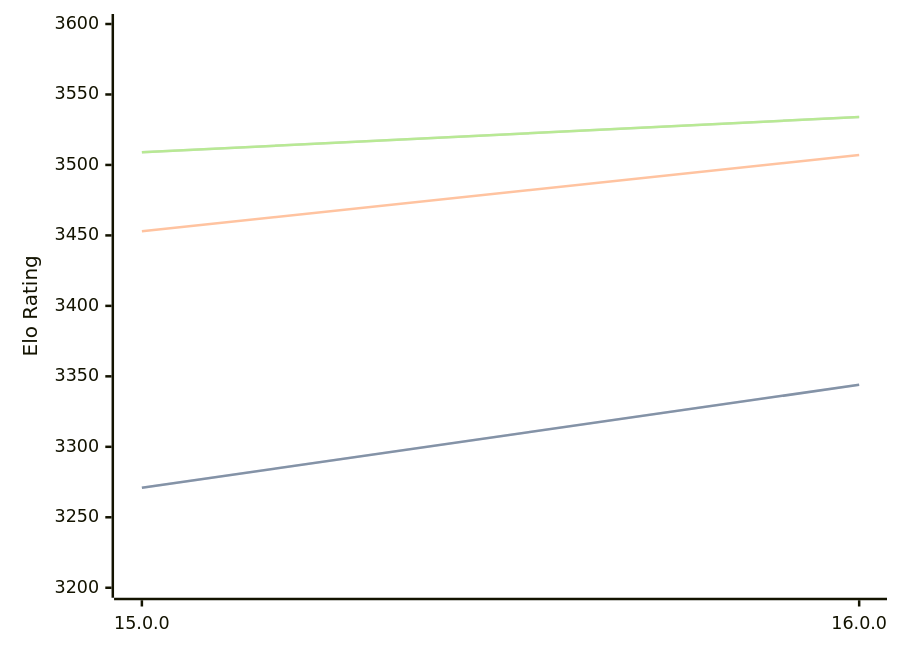
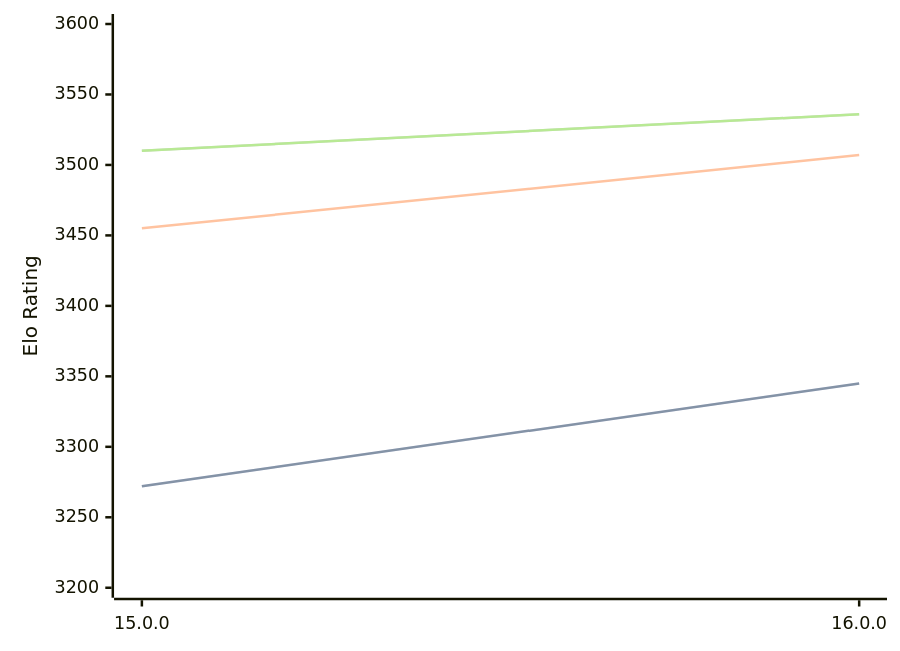
The first of 3 diagrams in engines/Halogen.md (computer-chess-index/cci), drawn with Mermaid before and after one commit. The commit also changed other lines of this file, not shown here.

Commit message:
Update CCI Ratings (ELO VLTC) - 2026-06-22

````diff
--- a/engines/Halogen.md
+++ b/engines/Halogen.md
@@ -50,11 +50,11 @@
 ```mermaid
 %%{init: {"theme":"base","themeVariables":{"seriesColors:['#a3a3a3','#222221','#faa371']}}}%%
 xychart-beta
   x-axis ["15.0.0", "16.0.0"]
   y-axis "Elo Rating" 3200 --> 3600
-  line "STC (8.0+0.08s)" [3271, 3344]
-  line "STC (8.0+0.08s)" [3271, 3344]
-  line "LTC (60.0+0.60s)" [3453, 3507]
-  line "VLTC (2m24s+1.12s)" [3509, 3534]
-  line "VLTC (2m24s+1.12s)" [3509, 3534]
+  line "STC (8.0+0.08s)" [3272, 3345]
+  line "STC (8.0+0.08s)" [3272, 3345]
+  line "LTC (60.0+0.60s)" [3455, 3507]
+  line "VLTC (2m24s+1.12s)" [3510, 3536]
+  line "VLTC (2m24s+1.12s)" [3510, 3536]
 ```
````
